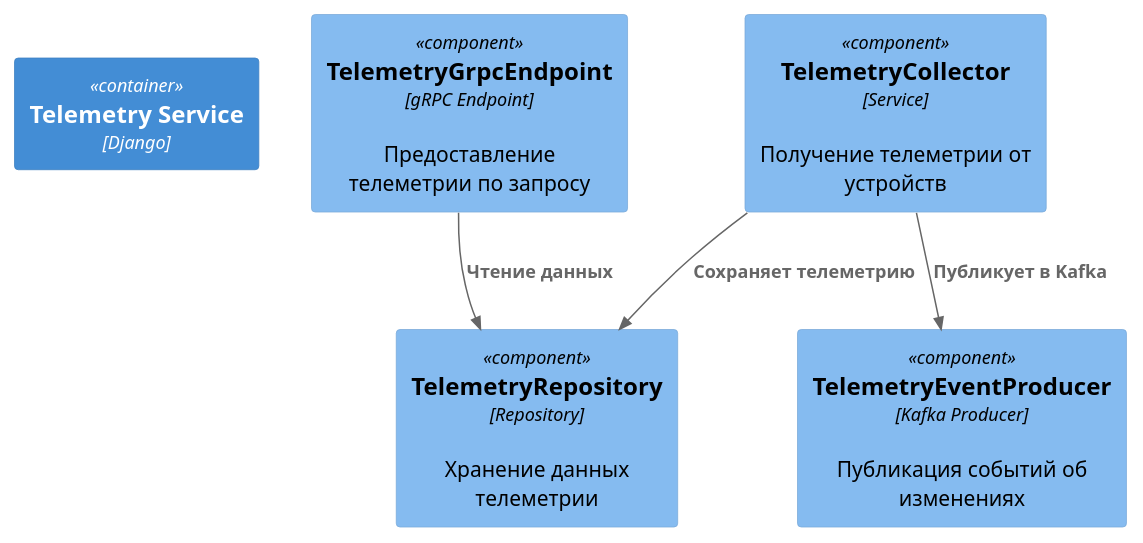
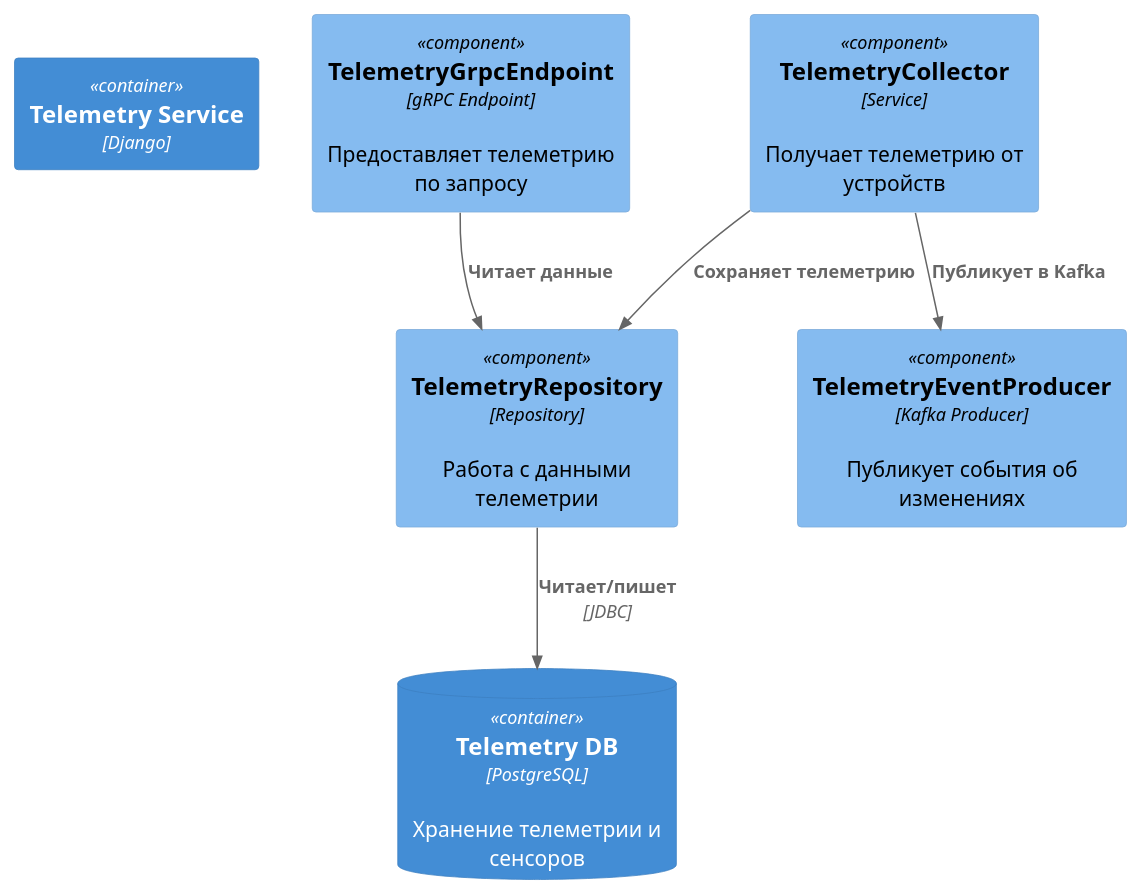
One commit to vladislavego/architecture-warmhouse changed the diagram in diagrams/component/Telemetry_Component.puml. Above: the diagram before and after it, drawn with PlantUML. The commit also changed 11 other files, not shown here.

```diff
--- a/diagrams/component/Telemetry_Component.puml
+++ b/diagrams/component/Telemetry_Component.puml
@@ -1,15 +1,17 @@
 @startuml TelemetryService_Component
 !includeurl https://raw.githubusercontent.com/plantuml-stdlib/C4-PlantUML/master/C4_Component.puml
 
 Container(telemetryService, "Telemetry Service", "Django")
 
-Component(api, "TelemetryGrpcEndpoint", "gRPC Endpoint", "Предоставление телеметрии по запросу")
-Component(collector, "TelemetryCollector", "Service", "Получение телеметрии от устройств")
-Component(repo, "TelemetryRepository", "Repository", "Хранение данных телеметрии")
-Component(eventPublisher, "TelemetryEventProducer", "Kafka Producer", "Публикация событий об изменениях")
+Component(api, "TelemetryGrpcEndpoint", "gRPC Endpoint", "Предоставляет телеметрию по запросу")
+Component(collector, "TelemetryCollector", "Service", "Получает телеметрию от устройств")
+Component(repo, "TelemetryRepository", "Repository", "Работа с данными телеметрии")
+Component(eventPublisher, "TelemetryEventProducer", "Kafka Producer", "Публикует события об изменениях")
+ContainerDb(telemetryDb, "Telemetry DB", "PostgreSQL", "Хранение телеметрии и сенсоров")
 
-Rel(api, repo, "Чтение данных")
+Rel(api, repo, "Читает данные")
 Rel(collector, repo, "Сохраняет телеметрию")
 Rel(collector, eventPublisher, "Публикует в Kafka")
+Rel(repo, telemetryDb, "Читает/пишет", "JDBC")
 
 @enduml
```
